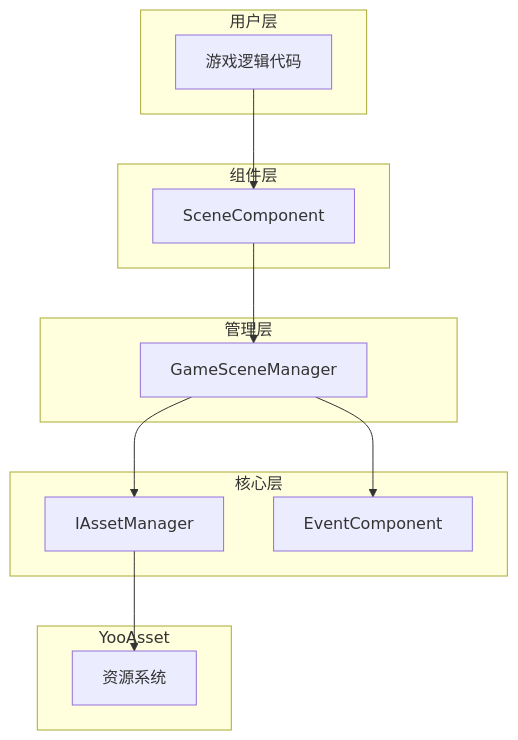
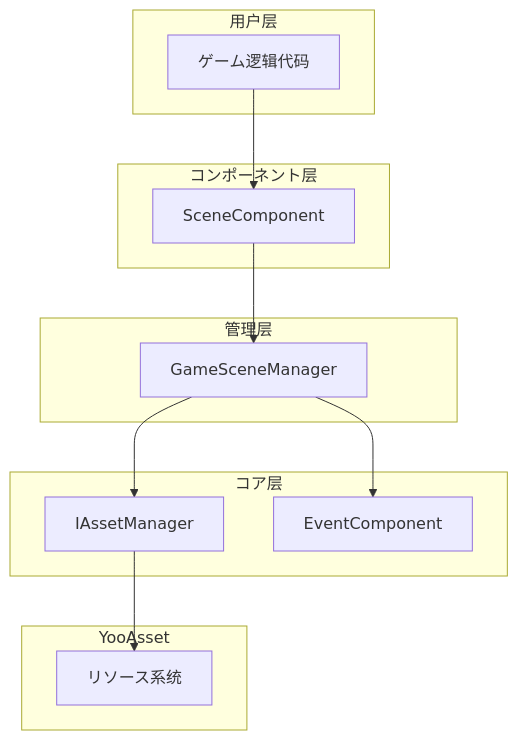
Before and after one commit to AlianBlank/GameFrameX.Docs: the first of 2 diagrams in docs/ja/client/unity/component/scene/03.getting-started.md, drawn with Mermaid. The commit also changed other lines of this file and 603 other files, not shown here.

````diff
--- a/docs/ja/client/unity/component/scene/03.getting-started.md
+++ b/docs/ja/client/unity/component/scene/03.getting-started.md
@@ -11,29 +11,29 @@
 ```mermaid
 flowchart TD
     subgraph UserLayer["用户层"]
-        GameLogic["游戏逻辑代码"]
+        GameLogic["ゲーム逻辑代码"]
     end
 
-    subgraph ComponentLayer["组件层"]
+    subgraph ComponentLayer["コンポーネント层"]
         SceneComp["SceneComponent"]
     end
 
     subgraph ManagerLayer["管理层"]
         SceneMgr["GameSceneManager"]
     end
 
-    subgraph CoreLayer["核心层"]
+    subgraph CoreLayer["コア层"]
         AssetMgr["IAssetManager"]
         EventComp["EventComponent"]
     end
 
     subgraph YooAsset["YooAsset"]
-        YooAssetCore["资源系统"]
+        YooAssetCore["リソース系统"]
     end
 
     GameLogic --> SceneComp
     SceneComp --> SceneMgr
     SceneMgr --> AssetMgr
     SceneMgr --> EventComp
     AssetMgr --> YooAssetCore
 ```
````
